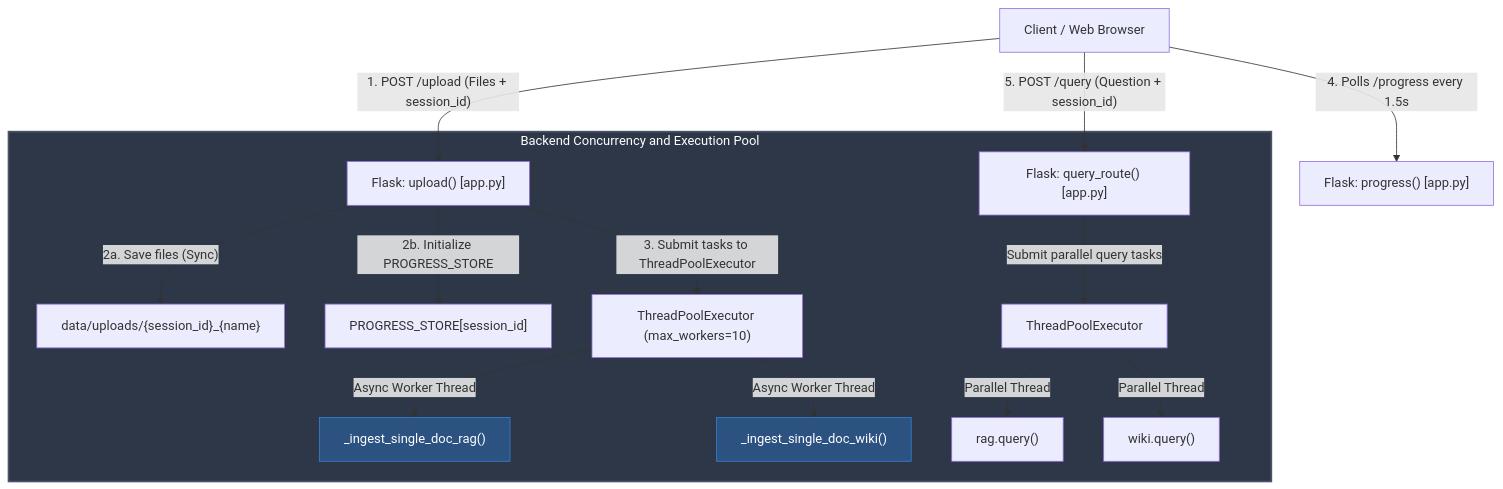
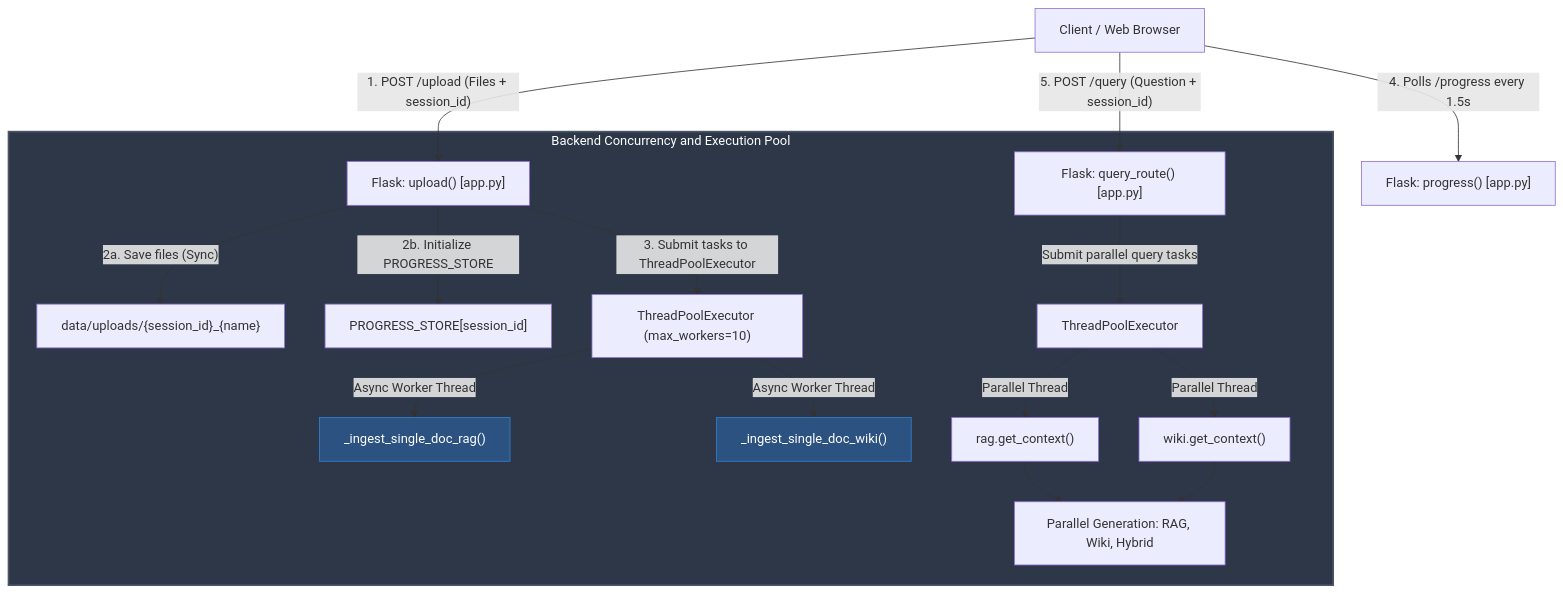
Before and after one commit to rhealaloo45/Legal-Wiki-RAG: the first of 3 diagrams in SYSTEM_OVERVIEW.md, drawn with Mermaid. The commit also changed other lines of this file and 7 other files, not shown here.

````diff
--- a/SYSTEM_OVERVIEW.md
+++ b/SYSTEM_OVERVIEW.md
@@ -14,23 +14,24 @@
 ```mermaid
 graph TD
     Client[Client / Web Browser] -- "1. POST /upload (Files + session_id)" --> UploadRoute["Flask: upload() [app.py]"]
     Client -- "4. Polls /progress every 1.5s" --> ProgressRoute["Flask: progress() [app.py]"]
     Client -- "5. POST /query (Question + session_id)" --> QueryRoute["Flask: query_route() [app.py]"]
 
     subgraph BackendPool ["Backend Concurrency and Execution Pool"]
         UploadRoute -- "2a. Save files (Sync)" --> SavedDisk["data/uploads/{session_id}_{name}"]
         UploadRoute -- "2b. Initialize PROGRESS_STORE" --> StoreInit["PROGRESS_STORE[session_id]"]
         UploadRoute -- "3. Submit tasks to ThreadPoolExecutor" --> Pool["ThreadPoolExecutor (max_workers=10)"]
 
         Pool -- "Async Worker Thread" --> IngestRAG["_ingest_single_doc_rag()"]
         Pool -- "Async Worker Thread" --> IngestWiki["_ingest_single_doc_wiki()"]
 
         QueryRoute -- "Submit parallel query tasks" --> QueryPool["ThreadPoolExecutor"]
-        QueryPool -- "Parallel Thread" --> RunRAGQuery["rag.query()"]
-        QueryPool -- "Parallel Thread" --> RunWikiQuery["wiki.query()"]
+        QueryPool -- "Parallel Thread" --> RunRAGContext["rag.get_context()"]
+        QueryPool -- "Parallel Thread" --> RunWikiContext["wiki.get_context()"]
+        RunRAGContext & RunWikiContext --> RunAnswers["Parallel Generation: RAG, Wiki, Hybrid"]
     end
 
     style BackendPool fill:#2d3748,stroke:#4a5568,stroke-width:2px,color:#fff
     style IngestRAG fill:#2c5282,stroke:#3182ce,color:#fff
     style IngestWiki fill:#2c5282,stroke:#3182ce,color:#fff
 ```
````
